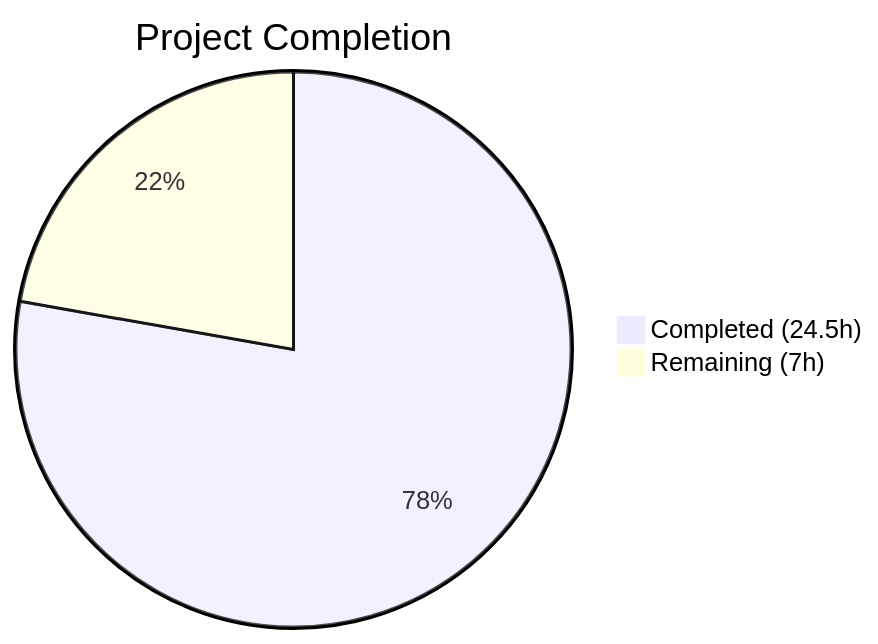
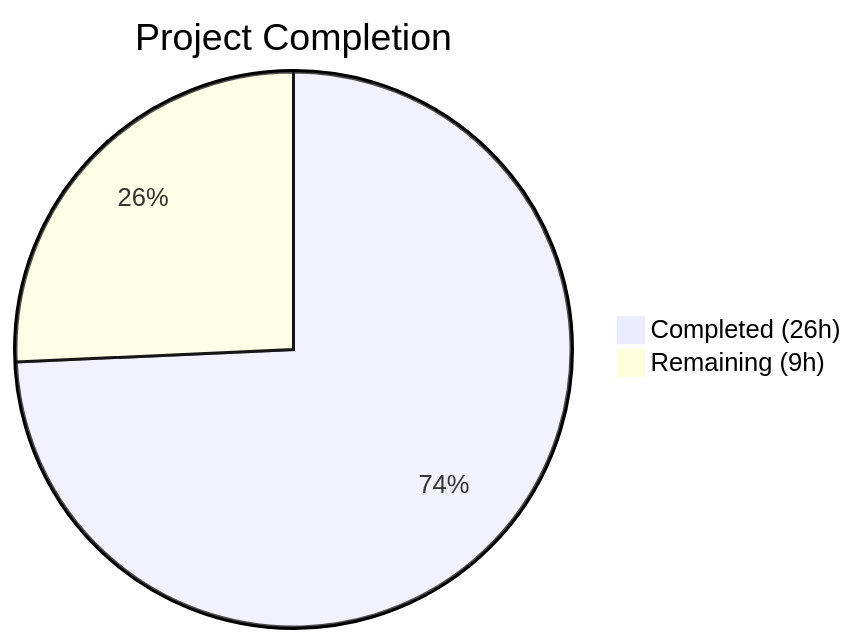
The first of 2 diagrams in blitzy/documentation/Project Guide.md (Blitzy-Sandbox/blitzy-cal), drawn with Mermaid before and after one commit. The commit also changed other lines of this file, not shown here.

Commit message:
Adding Blitzy Project Guide: Project Status and Human Tasks Remaining

````diff
--- a/blitzy/documentation/Project Guide.md
+++ b/blitzy/documentation/Project Guide.md
@@ -13,5 +11,5 @@
 ```mermaid
 pie title Project Completion
-    "Completed (24.5h)" : 24.5
-    "Remaining (7h)" : 7
+    "Completed (26h)" : 26
+    "Remaining (9h)" : 9
 ```
````
